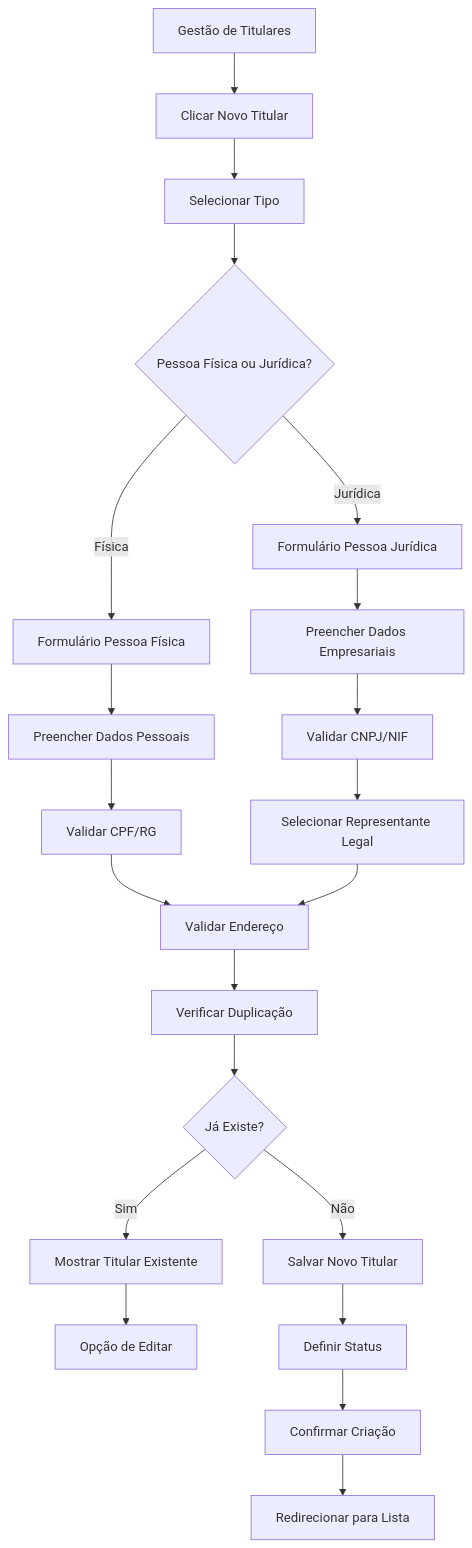
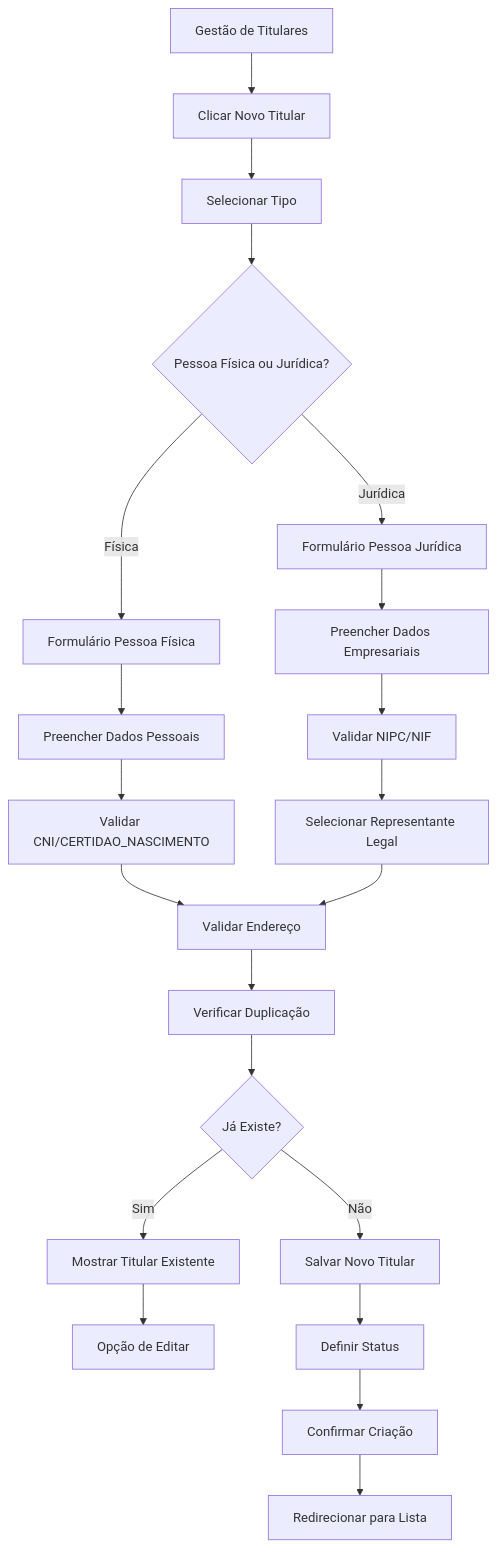
Before and after one commit to TA-Digital-CV/licenciamento-backend: the fourth of 5 diagrams in .trae/documents/PRD_Frontend_Gestao_Licencas_Emitidas.md, drawn with Mermaid. The commit also changed other lines of this file and 3 other files, not shown here.

First line of the commit message:
docs: update identification fields from CPF/CNPJ to CNI/NIPC

````diff
--- a/.trae/documents/PRD_Frontend_Gestao_Licencas_Emitidas.md
+++ b/.trae/documents/PRD_Frontend_Gestao_Licencas_Emitidas.md
@@ -593,23 +593,23 @@
 ```mermaid
 flowchart TD
     A[Gestão de Titulares] --> B[Clicar Novo Titular]
     B --> C[Selecionar Tipo]
     C --> D{Pessoa Física ou Jurídica?}
     D -->|Física| E[Formulário Pessoa Física]
     D -->|Jurídica| F[Formulário Pessoa Jurídica]
     E --> G[Preencher Dados Pessoais]
-    G --> H[Validar CPF/RG]
+    G --> H[Validar CNI/CERTIDAO_NASCIMENTO]
     F --> I[Preencher Dados Empresariais]
-    I --> J[Validar CNPJ/NIF]
+    I --> J[Validar NIPC/NIF]
     J --> K[Selecionar Representante Legal]
     H --> L[Validar Endereço]
     K --> L
     L --> M[Verificar Duplicação]
     M --> N{Já Existe?}
     N -->|Sim| O[Mostrar Titular Existente]
     O --> P[Opção de Editar]
     N -->|Não| Q[Salvar Novo Titular]
     Q --> R[Definir Status]
     R --> S[Confirmar Criação]
     S --> T[Redirecionar para Lista]
 ```
````
